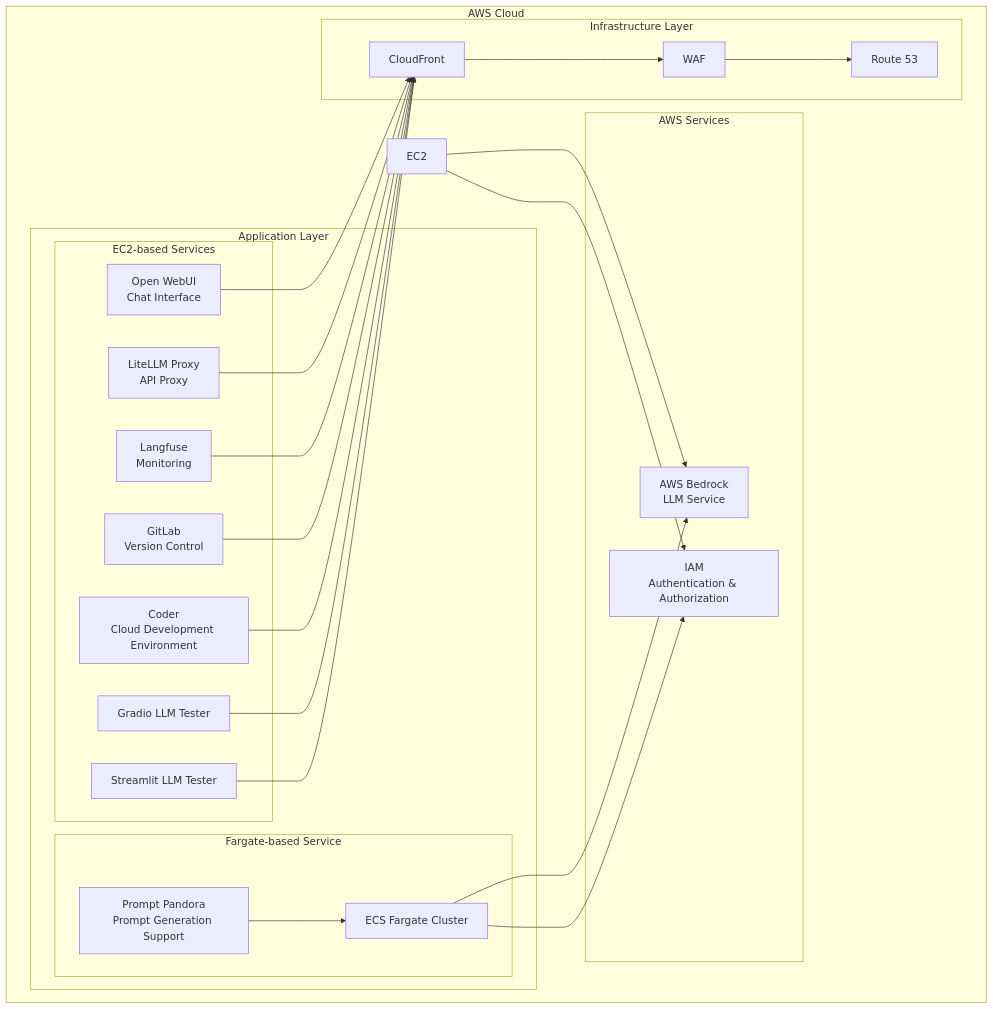
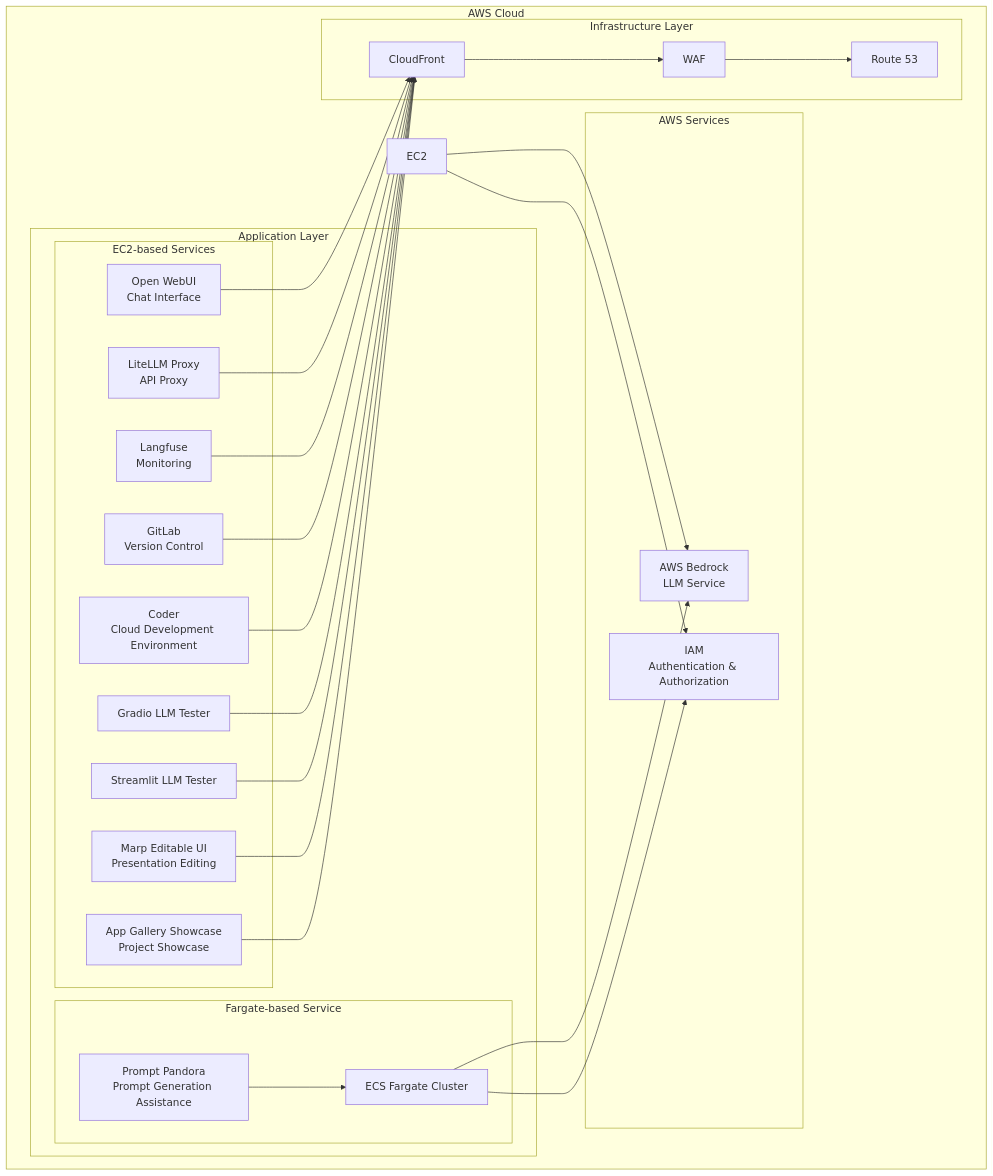
Before and after one commit to Sunwood-ai-labs/AMATERASU: the diagram in docs/README.en.md, drawn with Mermaid. The commit also changed other lines of this file, not shown here.

````diff
--- a/docs/README.en.md
+++ b/docs/README.en.md
@@ -54,49 +54,53 @@
 ```mermaid
 graph TB
     subgraph "AWS Cloud"
         subgraph "Application Layer"
             subgraph "EC2-based Services"
                 OW["Open WebUI<br/>Chat Interface"]
                 LL["LiteLLM Proxy<br/>API Proxy"]
                 LF["Langfuse<br/>Monitoring"]
                 GL["GitLab<br/>Version Control"]
                 CD["Coder<br/>Cloud Development Environment"]
                 GR["Gradio LLM Tester"]
                 ST["Streamlit LLM Tester"]
+                MEU["Marp Editable UI<br/>Presentation Editing"]
+                AGS["App Gallery Showcase<br/>Project Showcase"]
             end
             
             subgraph "Fargate-based Service"
-                PP["Prompt Pandora<br/>Prompt Generation Support"]
+                PP["Prompt Pandora<br/>Prompt Generation Assistance"]
                 ECS["ECS Fargate Cluster"]
             end
         end
         
         subgraph "Infrastructure Layer"
             CF["CloudFront"]
             WAF["WAF"]
             R53["Route 53"]
         end
         
         subgraph "AWS Services"
             Bedrock["AWS Bedrock<br/>LLM Service"]
             IAM["IAM<br/>Authentication & Authorization"]
         end
         
         OW --> CF
         LL --> CF
         LF --> CF
         GL --> CF
         CD --> CF
         GR --> CF
         ST --> CF
+        MEU --> CF
+        AGS --> CF
         PP --> ECS
         
         CF --> WAF
         WAF --> R53
         
         EC2 --> Bedrock
         ECS --> Bedrock
         EC2 --> IAM
         ECS --> IAM
     end
 ```
````
